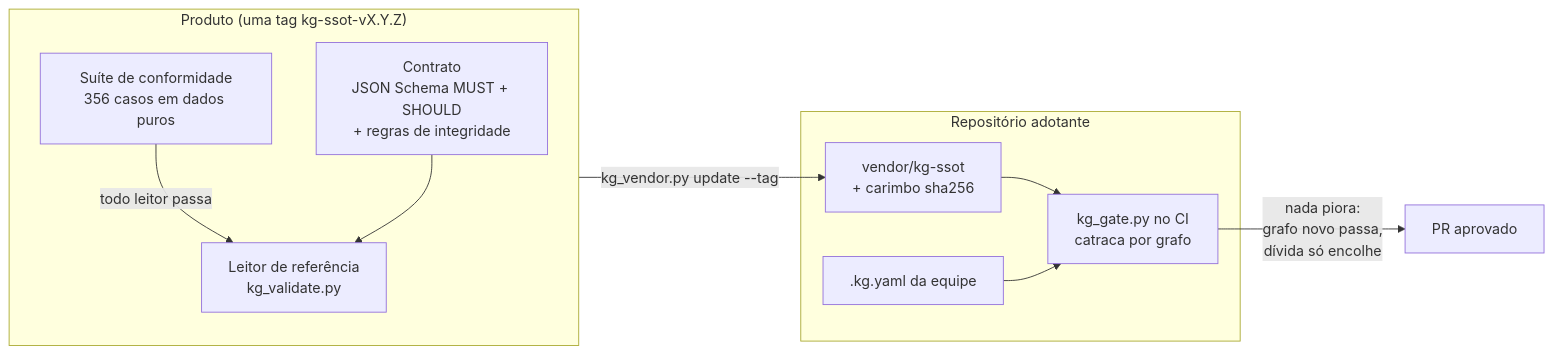
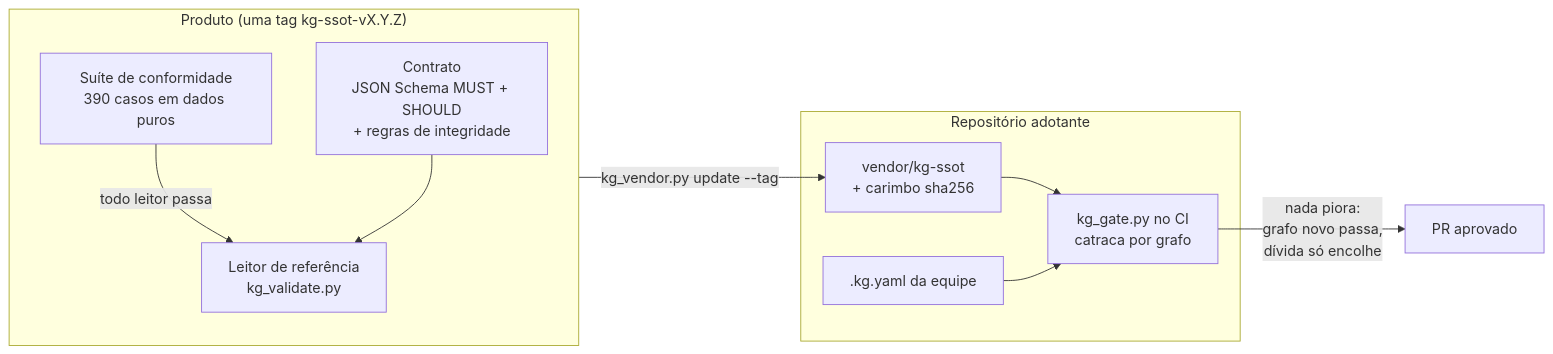
The diagram in README.pt-BR.md (marciocar/kg-ssot), drawn with Mermaid before and after one commit. The commit also changed other lines of this file and 81 other files, not shown here.

````diff
--- a/README.pt-BR.md
+++ b/README.pt-BR.md
@@ -123,19 +125,19 @@
 ```mermaid
 flowchart LR
   subgraph product["Produto (uma tag kg-ssot-vX.Y.Z)"]
     C["Contrato<br/>JSON Schema MUST + SHOULD<br/>+ regras de integridade"]
-    S["Suíte de conformidade<br/>356 casos em dados puros"]
+    S["Suíte de conformidade<br/>390 casos em dados puros"]
     R["Leitor de referência<br/>kg_validate.py"]
     S -- "todo leitor passa" --> R
     C --> R
   end
   subgraph adopter["Repositório adotante"]
     V["vendor/kg-ssot<br/>+ carimbo sha256"]
     G["kg_gate.py no CI<br/>catraca por grafo"]
     K[".kg.yaml da equipe"]
     V --> G
     K --> G
   end
   product -- "kg_vendor.py update --tag" --> V
   G -- "nada piora:<br/>grafo novo passa,<br/>dívida só encolhe" --> PR["PR aprovado"]
 ```
````
